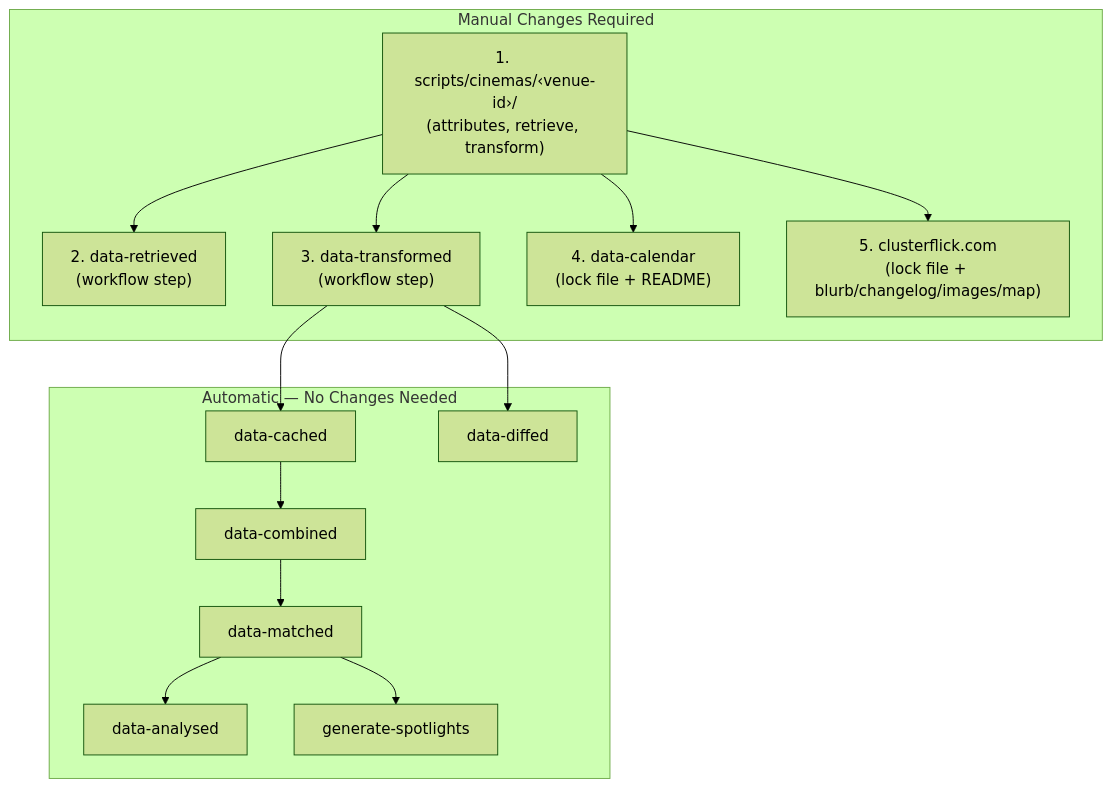
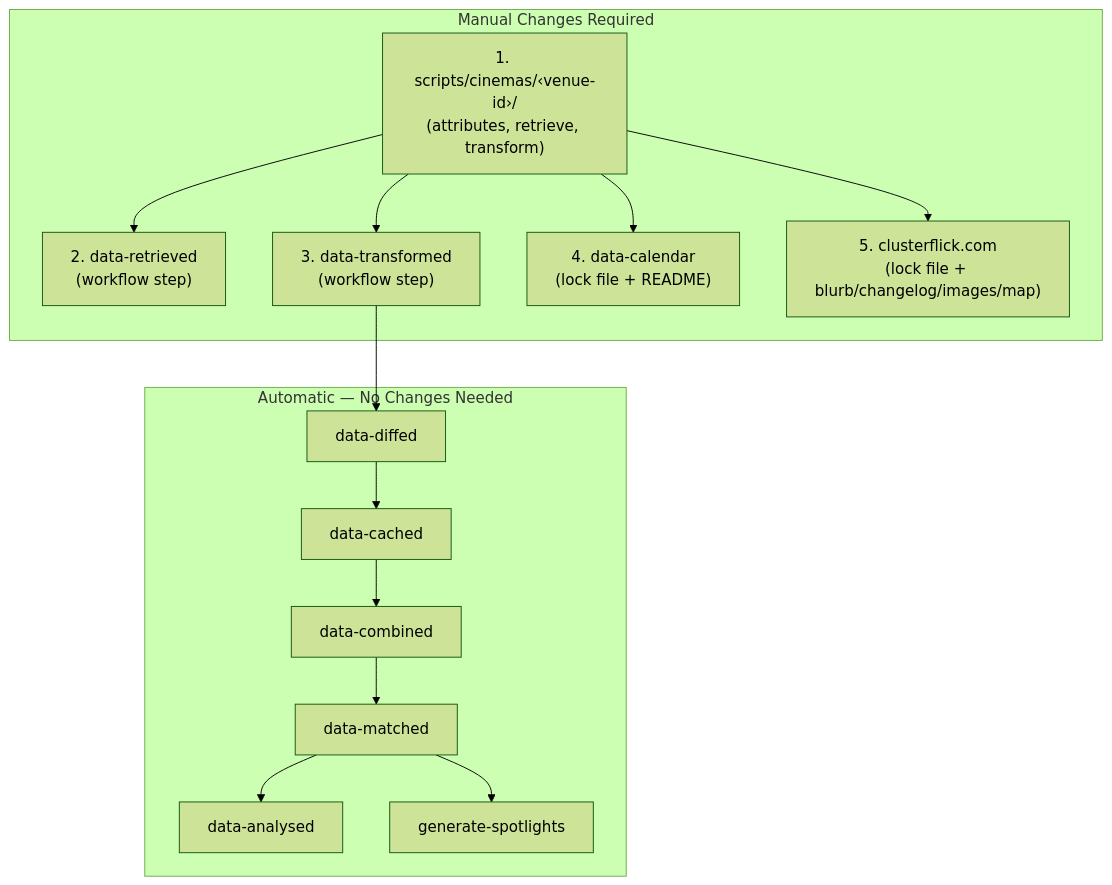
One commit to clusterflick/scripts changed the diagram in docs/adding-a-venue.md. Above: the diagram before and after it, drawn with Mermaid (forest theme). The commit also changed 9 other files, not shown here.

````diff
--- a/docs/adding-a-venue.md
+++ b/docs/adding-a-venue.md
@@ -9,27 +9,26 @@
 ```mermaid
 flowchart TD
     subgraph "Manual Changes Required"
         A["1. scripts/cinemas/‹venue-id›/\n(attributes, retrieve, transform)"]
         B["2. data-retrieved\n(workflow step)"]
         C["3. data-transformed\n(workflow step)"]
         D["4. data-calendar\n(lock file + README)"]
         E["5. clusterflick.com\n(lock file + blurb/changelog/images/map)"]
     end
 
     subgraph "Automatic — No Changes Needed"
         F[data-combined]
         G[data-matched]
         H[data-analysed]
         I[generate-spotlights]
         J[data-cached]
         K[data-diffed]
     end
 
     A --> B
     A --> C
     A --> D
     A --> E
-    C --> J --> F --> G --> H
-    C --> K
+    C --> K --> J --> F --> G --> H
     G --> I
 ```
````
